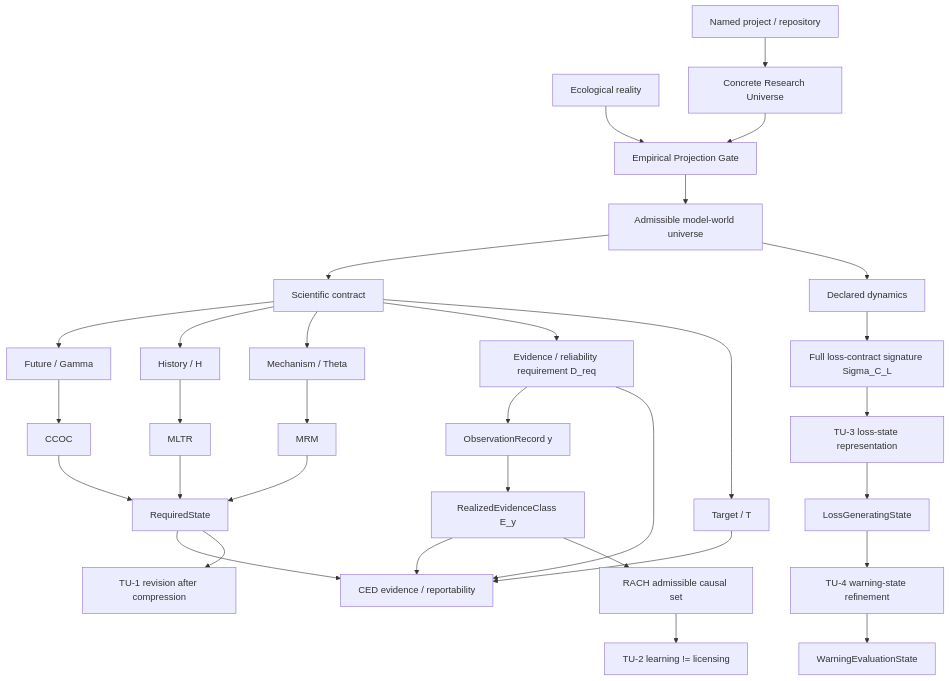
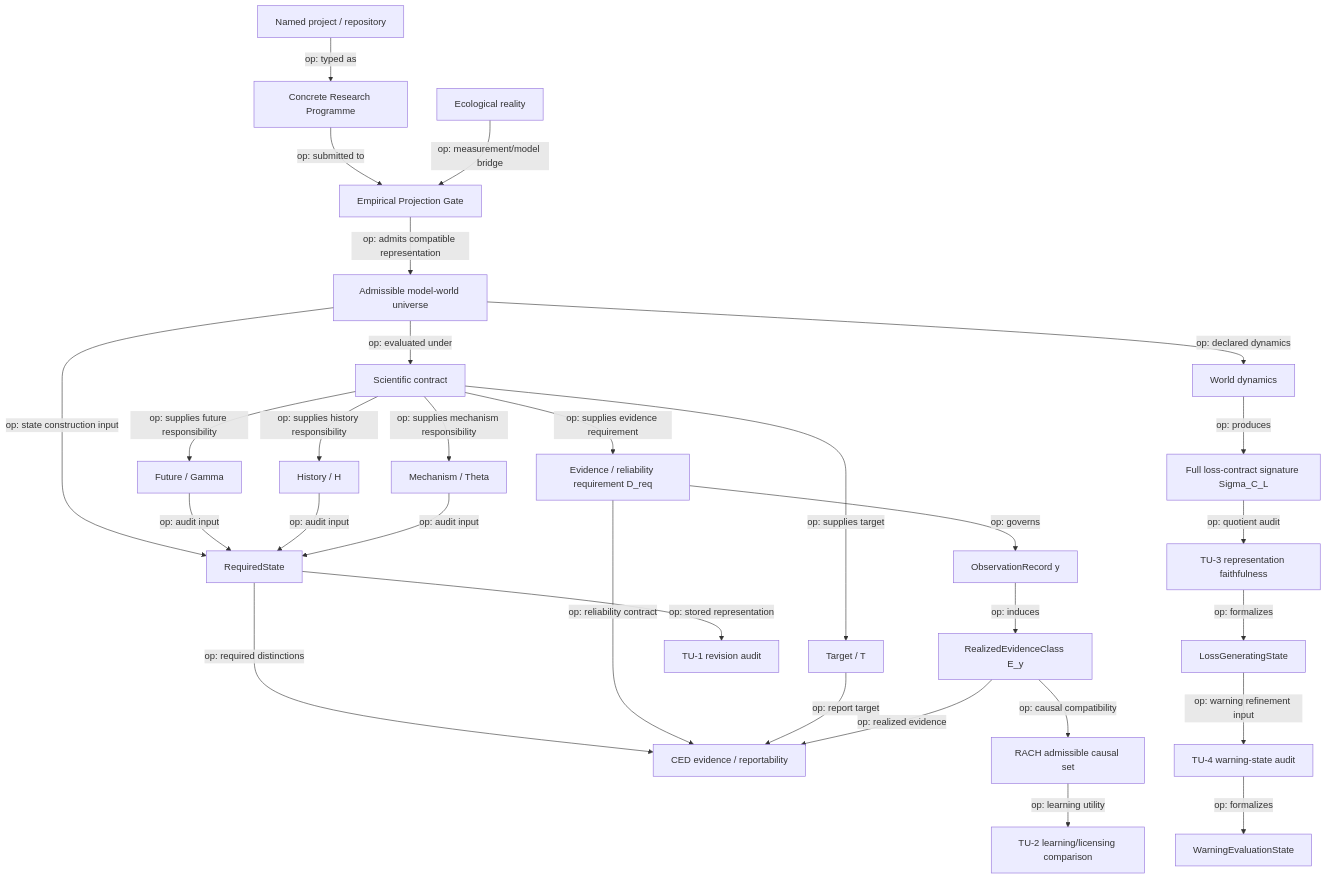
The diagram in README.md (zuizui0223/theouni), drawn with Mermaid before and after one commit. The commit also changed other lines of this file, not shown here.

````diff
--- a/README.md
+++ b/README.md
@@ -47,40 +74,38 @@
 ```mermaid
 flowchart TD
-    R[Ecological reality] --> GATE[Empirical Projection Gate]
-    GATE --> W[Admissible model-world universe]
-    W --> C[Scientific contract]
+    PORT[Named project / repository] -->|op: typed as| CR[Concrete Research Programme]
+    CR -->|op: submitted to| GATE[Empirical Projection Gate]
+    R[Ecological reality] -->|op: measurement/model bridge| GATE
+    GATE -->|op: admits compatible representation| W[Admissible model-world universe]
 
-    C --> G[Future / Gamma]
-    C --> H[History / H]
-    C --> M[Mechanism / Theta]
-    C --> DREQ[Evidence / reliability requirement D_req]
-    C --> T[Target / T]
+    W -->|op: evaluated under| C[Scientific contract]
+    C -->|op: supplies future responsibility| G[Future / Gamma]
+    C -->|op: supplies history responsibility| H[History / H]
+    C -->|op: supplies mechanism responsibility| M[Mechanism / Theta]
+    C -->|op: supplies evidence requirement| DREQ[Evidence / reliability requirement D_req]
+    C -->|op: supplies target| T[Target / T]
 
-    G --> CCOC[CCOC]
-    H --> MLTR[MLTR]
-    M --> MRM[MRM]
-    CCOC --> J[RequiredState]
-    MLTR --> J
-    MRM --> J
+    DREQ -->|op: governs| OBS[ObservationRecord y]
+    OBS -->|op: induces| EY[RealizedEvidenceClass E_y]
 
-    DREQ --> OBS[ObservationRecord y]
-    OBS --> EY[RealizedEvidenceClass E_y]
-    J --> CED[CED evidence / reportability]
-    DREQ --> CED
-    T --> CED
-    EY --> CED
-    EY --> RACH[RACH admissible causal set]
+    W -->|op: state construction input| J[RequiredState]
+    G -->|op: audit input| J
+    H -->|op: audit input| J
+    M -->|op: audit input| J
 
-    J --> TU1[TU-1 revision after compression]
-    RACH --> TU2[TU-2 learning != licensing]
+    J -->|op: required distinctions| CED[CED evidence / reportability]
+    DREQ -->|op: reliability contract| CED
+    T -->|op: report target| CED
+    EY -->|op: realized evidence| CED
+    EY -->|op: causal compatibility| RACH[RACH admissible causal set]
 
-    W --> DYN[Declared dynamics]
-    DYN --> SIGL[Full loss-contract signature Sigma_C_L]
-    SIGL --> TU3[TU-3 loss-state representation]
-    TU3 --> LS[LossGeneratingState]
-    LS --> TU4[TU-4 warning-state refinement]
-    TU4 --> WS[WarningEvaluationState]
+    J -->|op: stored representation| TU1[TU-1 revision audit]
+    RACH -->|op: learning utility| TU2[TU-2 learning/licensing comparison]
 
-    CR[Concrete Research Universe] --> GATE
-    PORT[Named project / repository] --> CR
+    W -->|op: declared dynamics| DYN[World dynamics]
+    DYN -->|op: produces| SIGL[Full loss-contract signature Sigma_C_L]
+    SIGL -->|op: quotient audit| TU3[TU-3 representation faithfulness]
+    TU3 -->|op: formalizes| LS[LossGeneratingState]
+    LS -->|op: warning refinement input| TU4[TU-4 warning-state audit]
+    TU4 -->|op: formalizes| WS[WarningEvaluationState]
 ```
````
